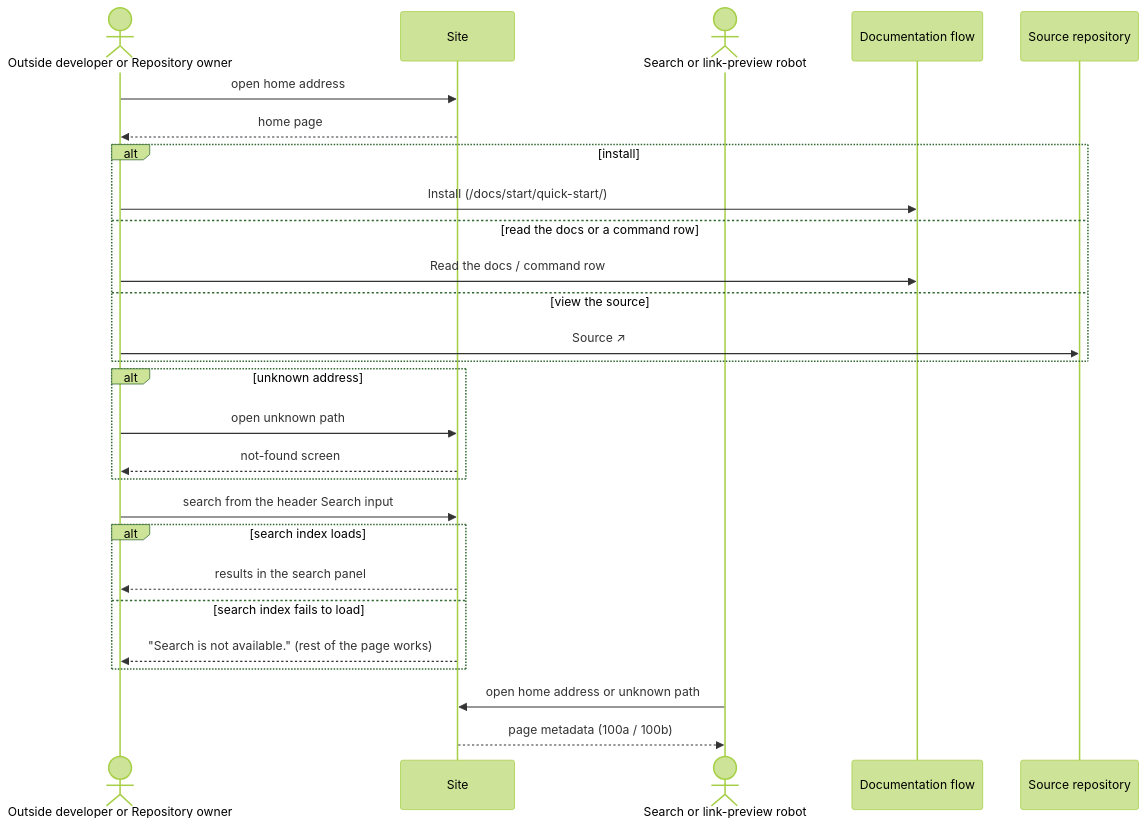
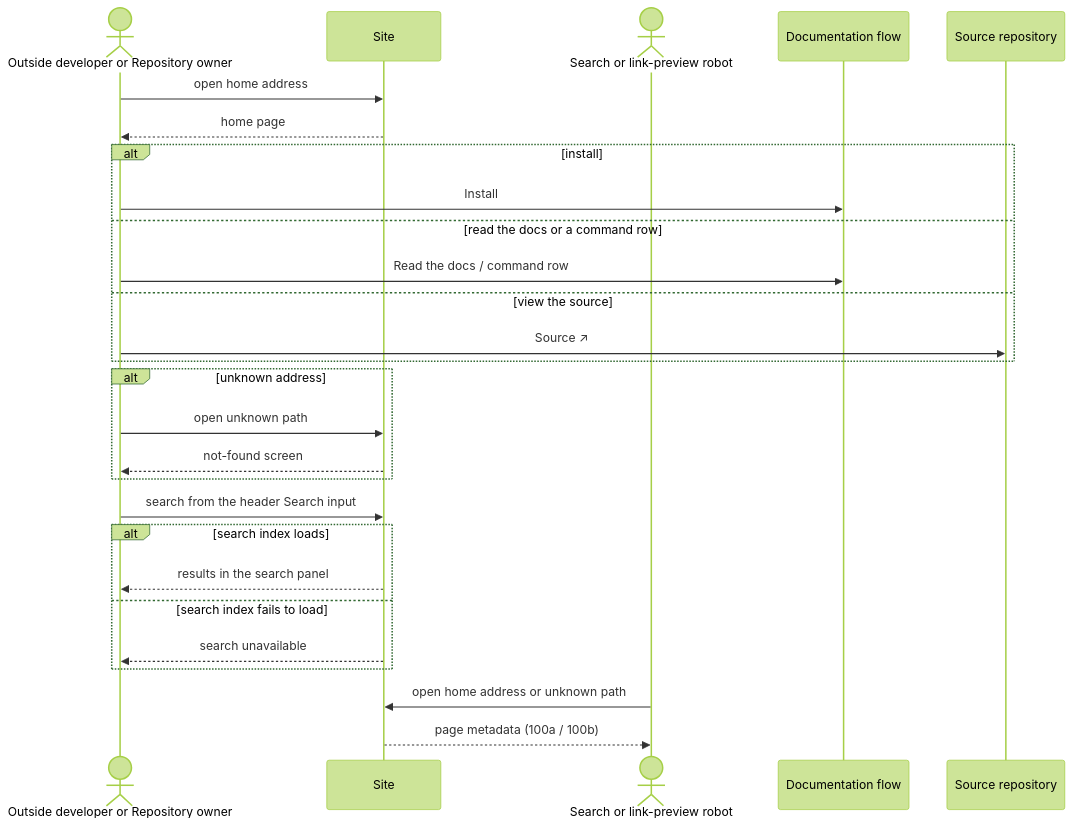
One commit to virajp/bootstrap changed the diagram in docs/blueprint/flows/site/100-home/index.md. Above: the diagram before and after it, drawn with Mermaid (forest theme). The commit also changed other lines of this file and 17 other files, not shown here.

````diff
--- a/docs/blueprint/flows/site/100-home/index.md
+++ b/docs/blueprint/flows/site/100-home/index.md
@@ -64,29 +65,29 @@
 ```mermaid
 sequenceDiagram
     actor V as Outside developer or Repository owner
     participant S as Site
     actor B as Search or link-preview robot
     participant D as Documentation flow
     participant R as Source repository
     V->>S: open home address
     S-->>V: home page
     alt install
-        V->>D: Install (/docs/start/quick-start/)
+        V->>D: Install
     else read the docs or a command row
         V->>D: Read the docs / command row
     else view the source
         V->>R: Source ↗
     end
     alt unknown address
         V->>S: open unknown path
         S-->>V: not-found screen
     end
     V->>S: search from the header Search input
     alt search index loads
         S-->>V: results in the search panel
     else search index fails to load
-        S-->>V: "Search is not available." (rest of the page works)
+        S-->>V: search unavailable
     end
     B->>S: open home address or unknown path
     S-->>B: page metadata (100a / 100b)
 ```
````
